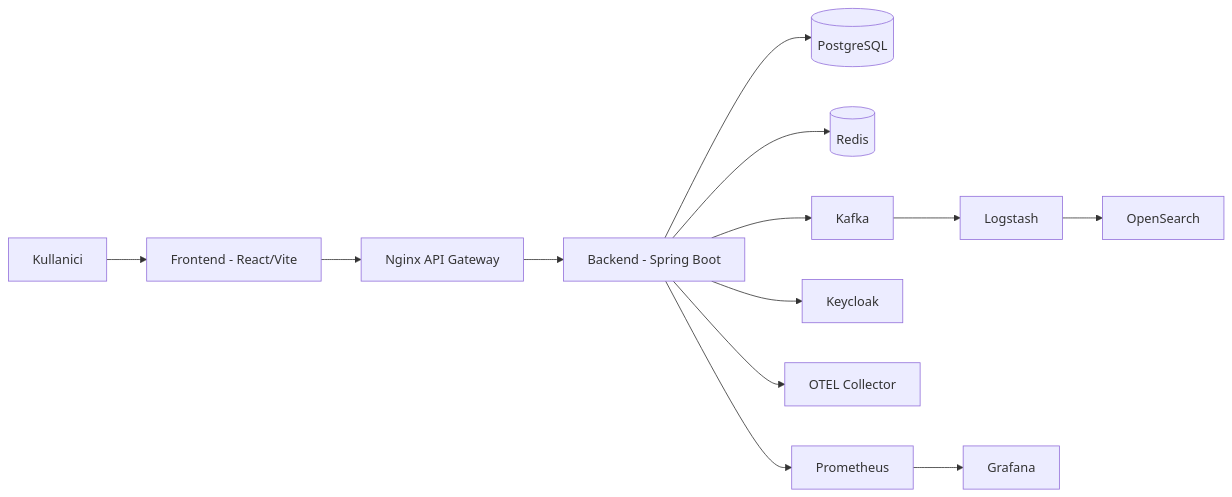
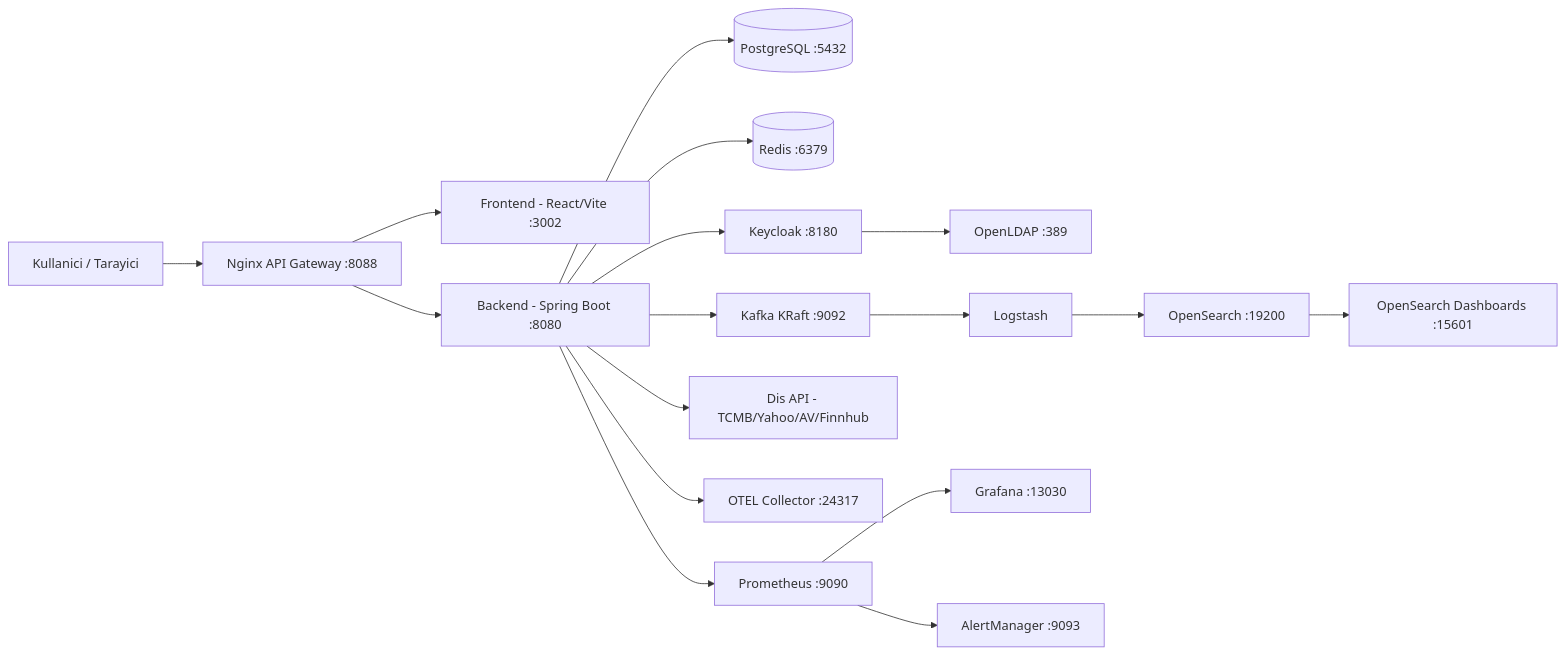
One commit to mtgsoftworks/Project_MintStack changed the first of 5 diagrams in docs/ARCHITECTURE.md. Above: the diagram before and after it, drawn with Mermaid. The commit also changed other lines of this file and 31 other files, not shown here.

Commit message:
feat: Implement market simulation functionality with dedicated backend services, controllers, and frontend pages, including database support for simulated instruments.

````diff
--- a/docs/ARCHITECTURE.md
+++ b/docs/ARCHITECTURE.md
@@ -9,17 +9,22 @@
 ```mermaid
 flowchart LR
-    U[Kullanici] --> F[Frontend - React/Vite]
-    F --> N[Nginx API Gateway]
-    N --> B[Backend - Spring Boot]
+    U[Kullanici / Tarayici] --> N[Nginx API Gateway :8088]
+    N --> F[Frontend - React/Vite :3002]
+    N --> B[Backend - Spring Boot :8080]
 
-    B --> P[(PostgreSQL)]
-    B --> R[(Redis)]
-    B --> K[Kafka]
-    B --> KC[Keycloak]
+    B --> P[(PostgreSQL :5432)]
+    B --> R[(Redis :6379)]
+    B --> K[Kafka KRaft :9092]
+    B --> KC[Keycloak :8180]
+    B --> EXT[Dis API - TCMB/Yahoo/AV/Finnhub]
 
-    B --> OTL[OTEL Collector]
-    B --> PR[Prometheus]
+    KC --> LDAP[OpenLDAP :389]
+
     K --> LS[Logstash]
-    LS --> OS[OpenSearch]
-    PR --> G[Grafana]
+    LS --> OS[OpenSearch :19200]
+    B --> OTL[OTEL Collector :24317]
+    B --> PR[Prometheus :9090]
+    PR --> G[Grafana :13030]
+    PR --> AM[AlertManager :9093]
+    OS --> OSD[OpenSearch Dashboards :15601]
 ```
````
